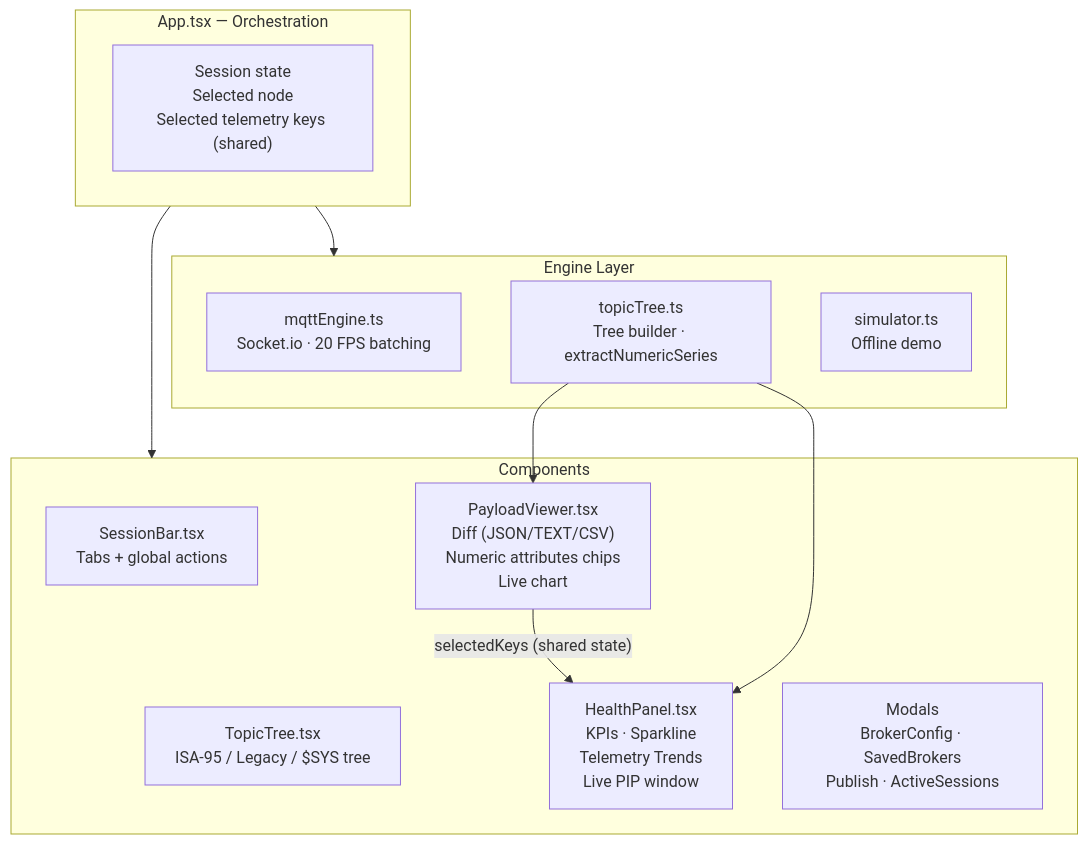
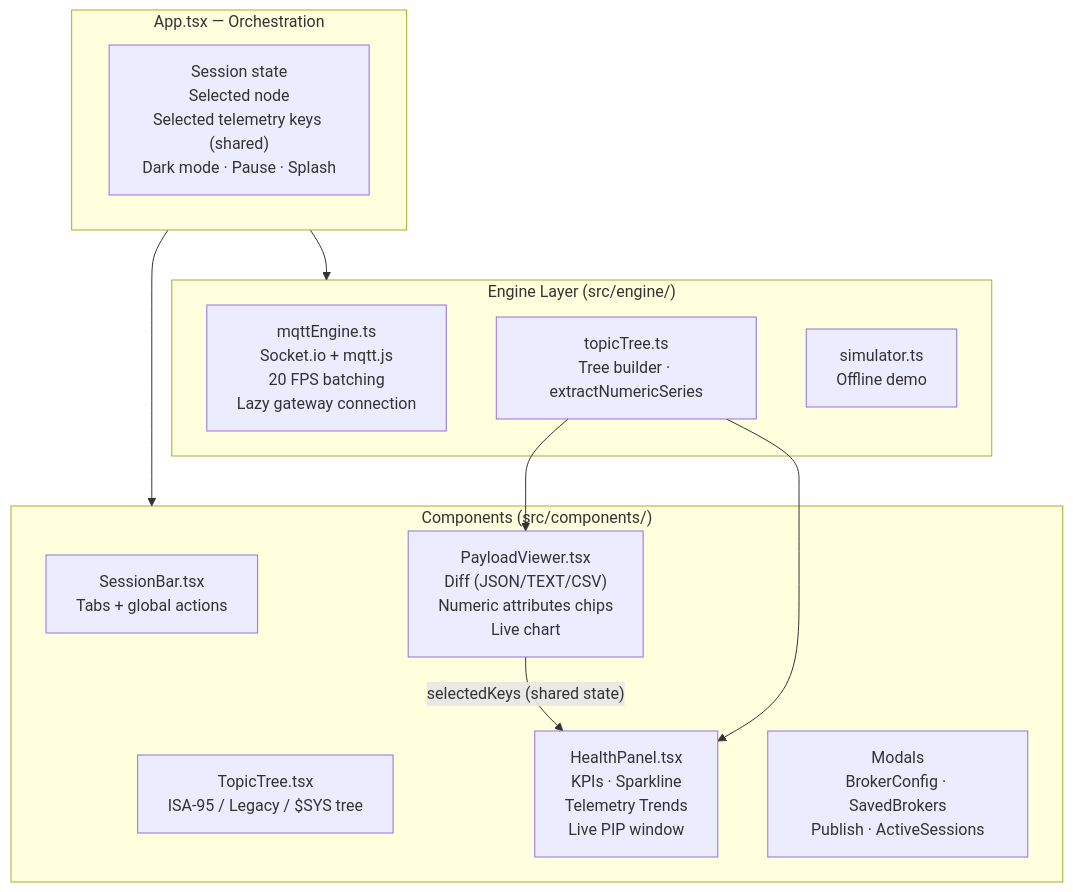
The second of 6 diagrams in docs/ARCHITECTURE.md (nimish-nirmal/uns-sentinel-explorer), drawn with Mermaid before and after one commit. The commit also changed other lines of this file and 42 other files, not shown here.

````diff
--- a/docs/ARCHITECTURE.md
+++ b/docs/ARCHITECTURE.md
@@ -59,26 +52,26 @@
 ```mermaid
 flowchart TD
     subgraph App["App.tsx — Orchestration"]
-        State["Session state<br/>Selected node<br/>Selected telemetry keys (shared)"]
+        State["Session state<br/>Selected node<br/>Selected telemetry keys (shared)<br/>Dark mode · Pause · Splash"]
     end
 
-    subgraph Components["Components"]
+    subgraph Components["Components (src/components/)"]
         SessionBar["SessionBar.tsx<br/>Tabs + global actions"]
         TopicTree["TopicTree.tsx<br/>ISA-95 / Legacy / $SYS tree"]
         PayloadViewer["PayloadViewer.tsx<br/>Diff (JSON/TEXT/CSV)<br/>Numeric attributes chips<br/>Live chart"]
         HealthPanel["HealthPanel.tsx<br/>KPIs · Sparkline<br/>Telemetry Trends<br/>Live PIP window"]
         Modals["Modals<br/>BrokerConfig · SavedBrokers<br/>Publish · ActiveSessions"]
     end
 
-    subgraph Engine["Engine Layer"]
-        MqttEngine["mqttEngine.ts<br/>Socket.io · 20 FPS batching"]
+    subgraph Engine["Engine Layer (src/engine/)"]
+        MqttEngine["mqttEngine.ts<br/>Socket.io + mqtt.js<br/>20 FPS batching<br/>Lazy gateway connection"]
         TopicTreeEngine["topicTree.ts<br/>Tree builder · extractNumericSeries"]
         Simulator["simulator.ts<br/>Offline demo"]
     end
 
     App --> Components
     App --> Engine
     PayloadViewer -->|"selectedKeys (shared state)"| HealthPanel
     TopicTreeEngine --> PayloadViewer
     TopicTreeEngine --> HealthPanel
 ```
````
